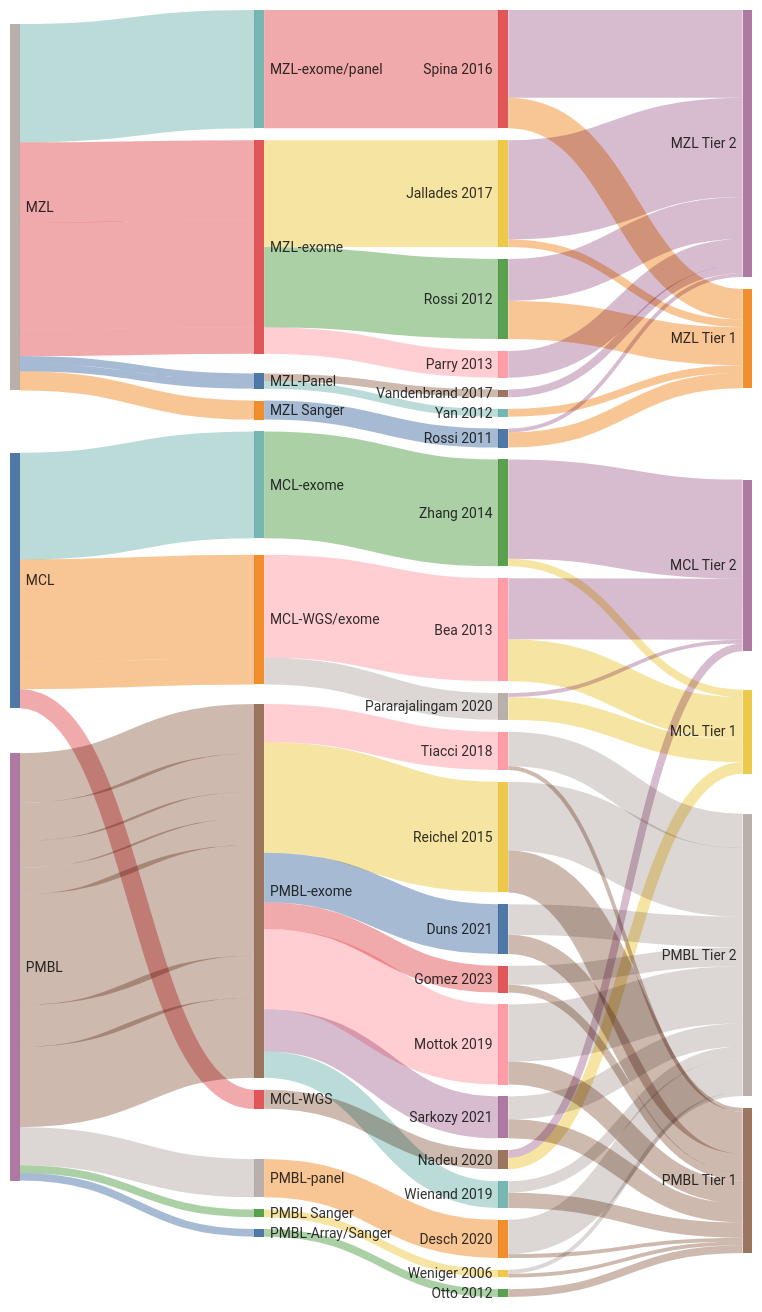
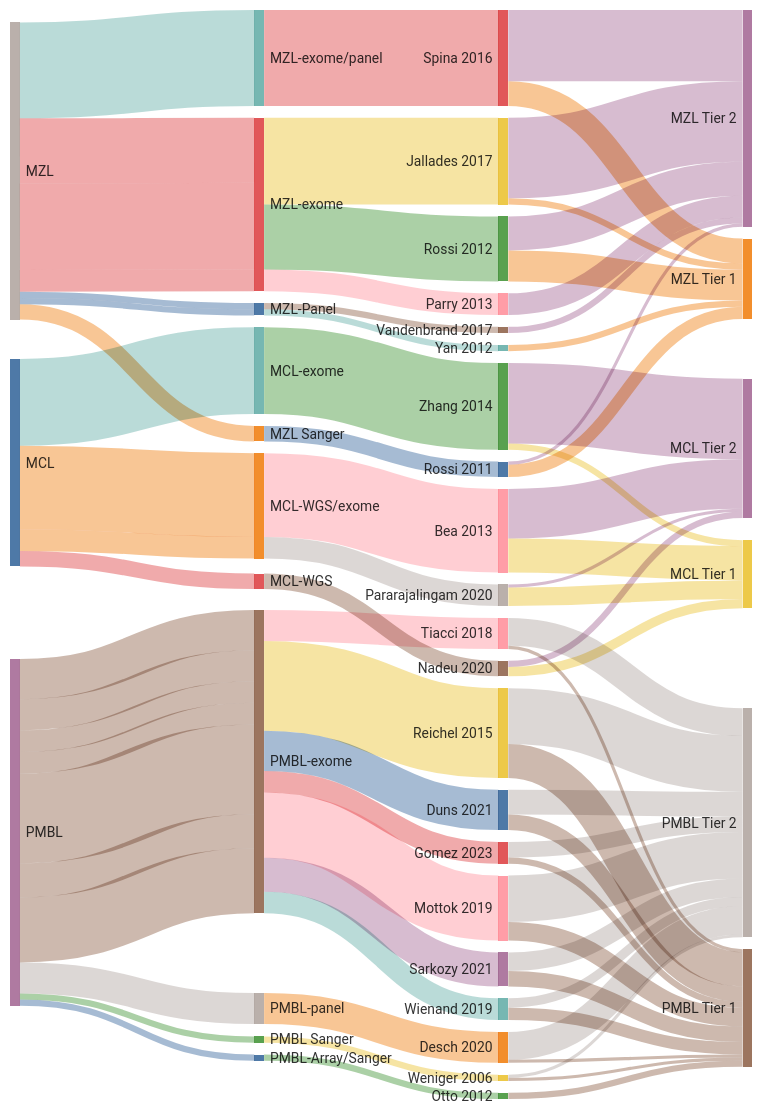
Before and after one commit to morinlab/lymphopedia: the second of 2 diagrams in Home.md, drawn with Mermaid. The commit also changed other lines of this file, not shown here.

```diff
--- a/Home.md
+++ b/Home.md
@@ -158,7 +158,7 @@
     showValues: false
     linkColor: target
     width: 750
-    height: 1300
+    height: 1100
     nodeAlignment: right
 ---
 sankey-beta
```
